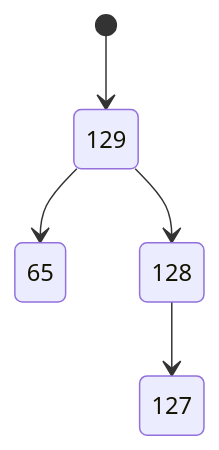
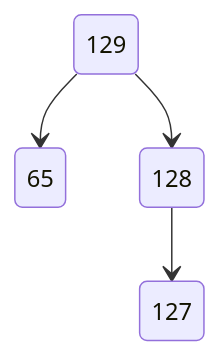
One commit to viktorshandrikov/repository-1 changed the diagram in 19.md. Above: the diagram before and after it, drawn with Mermaid.

````diff
--- a/19.md
+++ b/19.md
@@ -1,7 +1,6 @@
 ```mermaid
 stateDiagram-v2
-[*] --> 129
 129 --> 128
 129 --> 65
 128 --> 127
 ```
````
